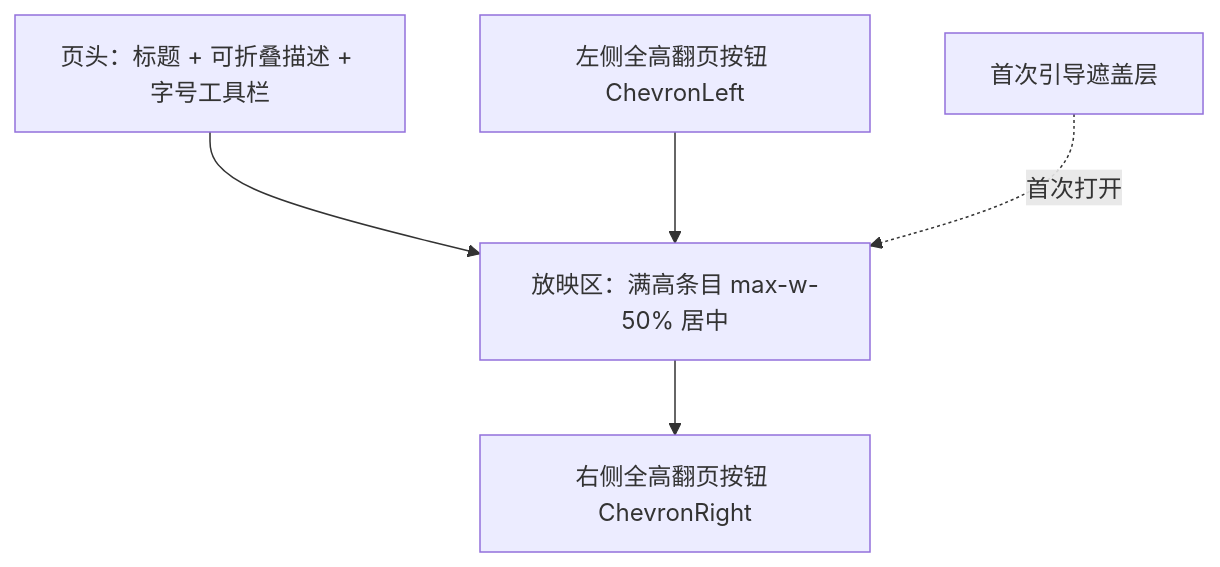
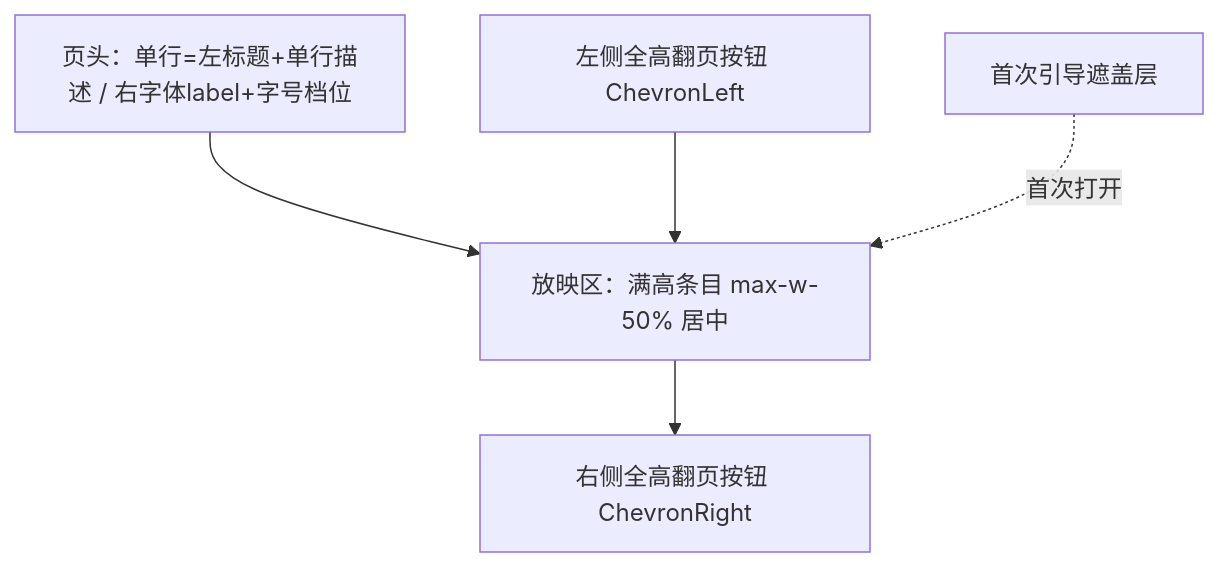
Before and after one commit to Deliay/sumire: the third of 3 diagrams in docs/engineering/plans/2026-09-06-marshmallow-topics-impl-plan.md, drawn with Mermaid. The commit also changed other lines of this file, not shown here.

````diff
--- a/docs/engineering/plans/2026-09-06-marshmallow-topics-impl-plan.md
+++ b/docs/engineering/plans/2026-09-06-marshmallow-topics-impl-plan.md
@@ -216,7 +218,7 @@
 ```mermaid
 flowchart TD
-    A[页头：标题 + 可折叠描述 + 字号工具栏] --> B[放映区：满高条目 max-w-50% 居中]
+    A[页头：单行=左标题+单行描述 / 右字体label+字号档位] --> B[放映区：满高条目 max-w-50% 居中]
     C[左侧全高翻页按钮 ChevronLeft] --> B
     B --> D[右侧全高翻页按钮 ChevronRight]
     E[首次引导遮盖层] -.首次打开.-> B
 ```
````
